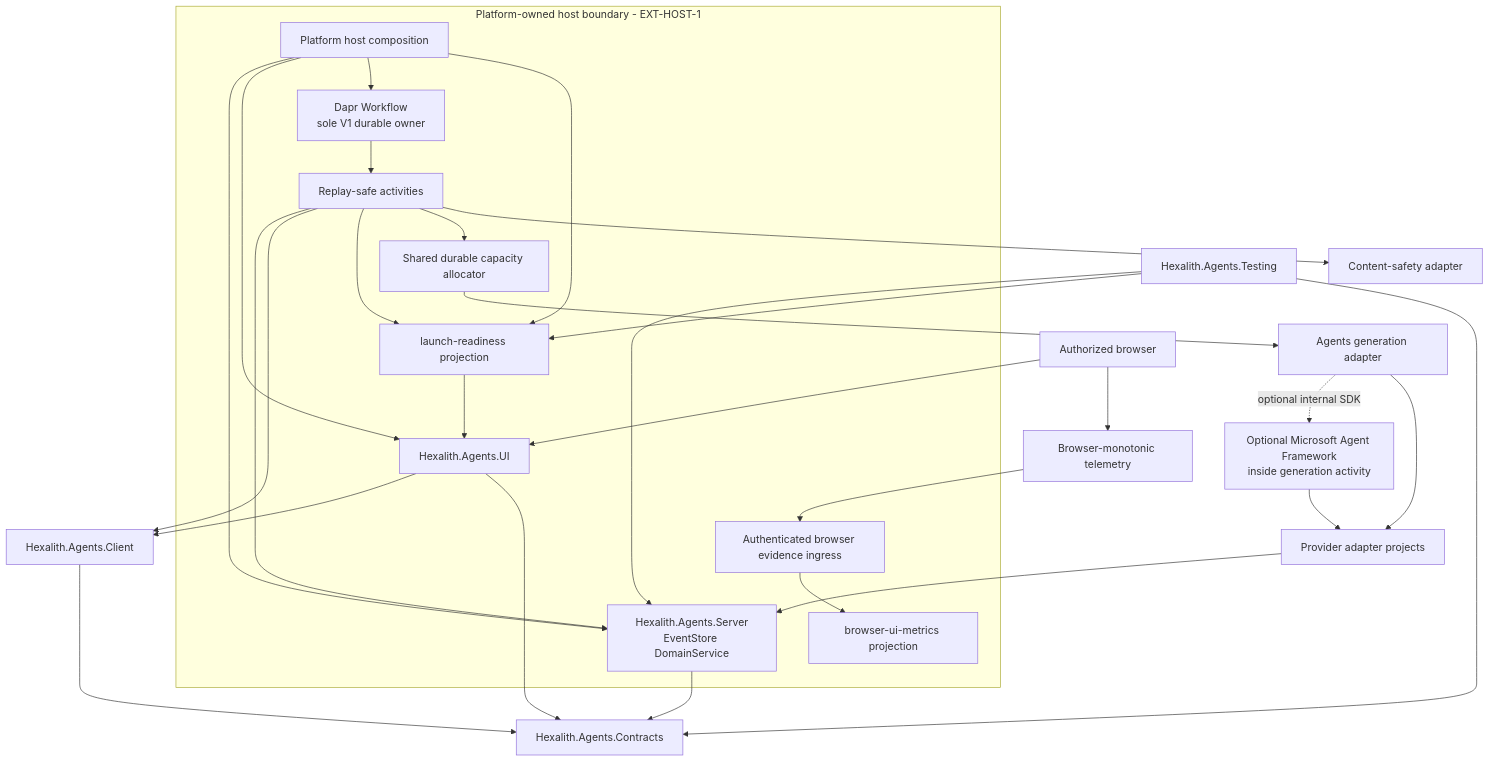
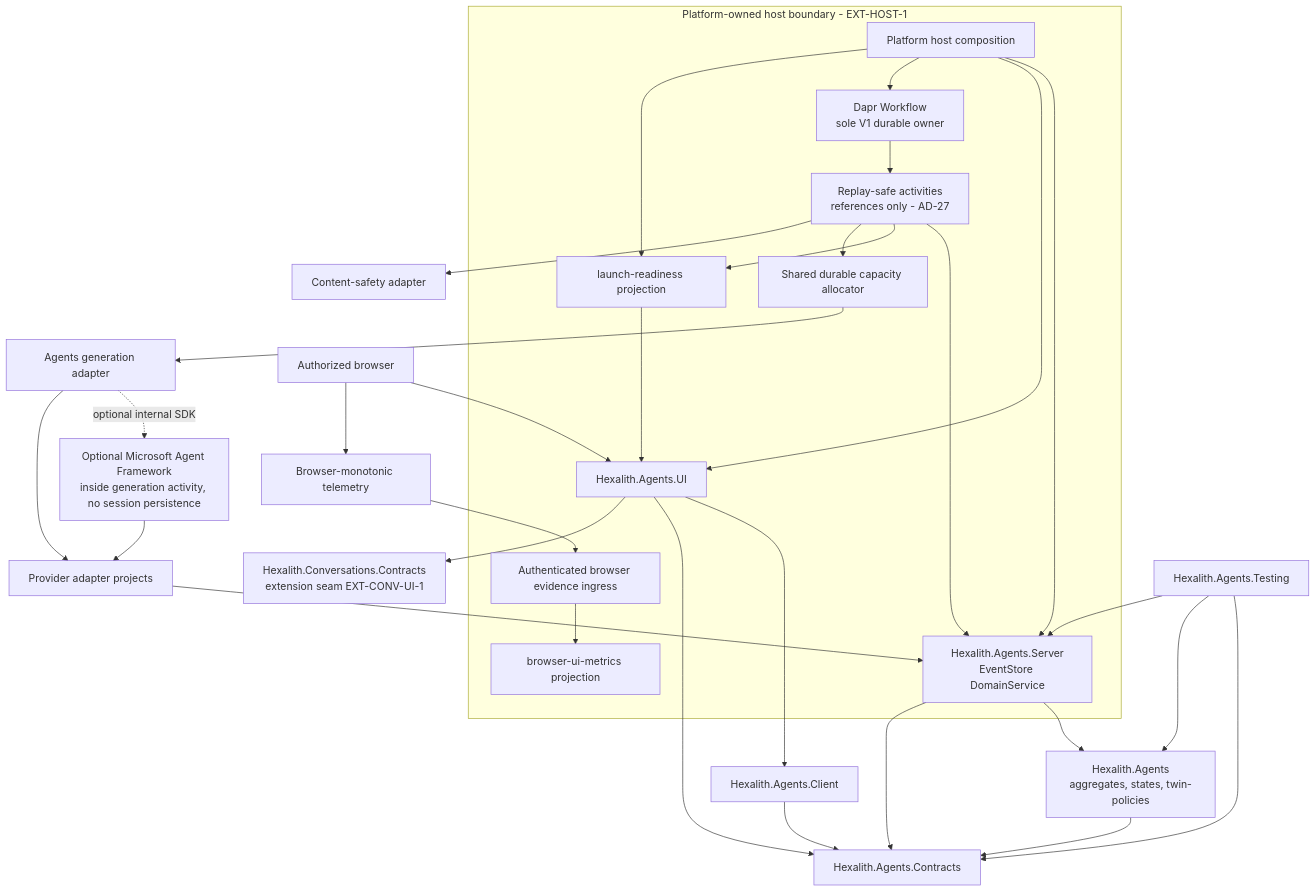
The second of 4 diagrams in _bmad-output/planning-artifacts/architecture/architecture-agents-2026-06-23-2/ARCHITECTURE-SPINE.md (Hexalith/Hexalith.Agents), drawn with Mermaid before and after one commit. The commit also changed other lines of this file and 35 other files, not shown here.

````diff
--- a/_bmad-output/planning-artifacts/architecture/architecture-agents-2026-06-23-2/ARCHITECTURE-SPINE.md
+++ b/_bmad-output/planning-artifacts/architecture/architecture-agents-2026-06-23-2/ARCHITECTURE-SPINE.md
@@ -251,51 +284,55 @@
 ```mermaid
 flowchart TB
   Browser[Authorized browser]
   BrowserTelemetry[Browser-monotonic telemetry]
   Contracts[Hexalith.Agents.Contracts]
   Client[Hexalith.Agents.Client]
+  Domain[Hexalith.Agents<br/>aggregates, states, twin-policies]
+  ConvContracts[Hexalith.Conversations.Contracts<br/>extension seam EXT-CONV-UI-1]
   subgraph PlatformBoundary[Platform-owned host boundary - EXT-HOST-1]
     PlatformHost[Platform host composition]
     Server[Hexalith.Agents.Server<br/>EventStore DomainService]
     UI[Hexalith.Agents.UI]
     DaprWorkflow[Dapr Workflow<br/>sole V1 durable owner]
-    Activities[Replay-safe activities]
+    Activities[Replay-safe activities<br/>references only - AD-27]
     CapacityGate[Shared durable capacity allocator]
     ReadinessRegistry[launch-readiness projection]
     EvidenceIngress[Authenticated browser evidence ingress]
     BrowserMetrics[browser-ui-metrics projection]
   end
   GenerationAdapter[Agents generation adapter]
-  AgentFramework[Optional Microsoft Agent Framework<br/>inside generation activity]
+  AgentFramework[Optional Microsoft Agent Framework<br/>inside generation activity, no session persistence]
   SafetyAdapter[Content-safety adapter]
   ProviderAdapters[Provider adapter projects]
   Testing[Hexalith.Agents.Testing]
 
   Browser --> UI
   Browser --> BrowserTelemetry
   BrowserTelemetry --> EvidenceIngress
   EvidenceIngress --> BrowserMetrics
   PlatformHost --> Server
   PlatformHost --> UI
   PlatformHost --> DaprWorkflow
   PlatformHost --> ReadinessRegistry
   Client --> Contracts
+  Domain --> Contracts
+  Server --> Domain
   Server --> Contracts
   DaprWorkflow --> Activities
   Activities --> Server
-  Activities --> Client
   Activities --> ReadinessRegistry
   Activities --> CapacityGate
   CapacityGate --> GenerationAdapter
   GenerationAdapter -. optional internal SDK .-> AgentFramework
   GenerationAdapter --> ProviderAdapters
   Activities --> SafetyAdapter
   AgentFramework --> ProviderAdapters
   UI --> Client
   UI --> Contracts
+  UI --> ConvContracts
   ReadinessRegistry --> UI
   ProviderAdapters --> Server
   Testing --> Contracts
+  Testing --> Domain
   Testing --> Server
-  Testing --> ReadinessRegistry
 ```
````
